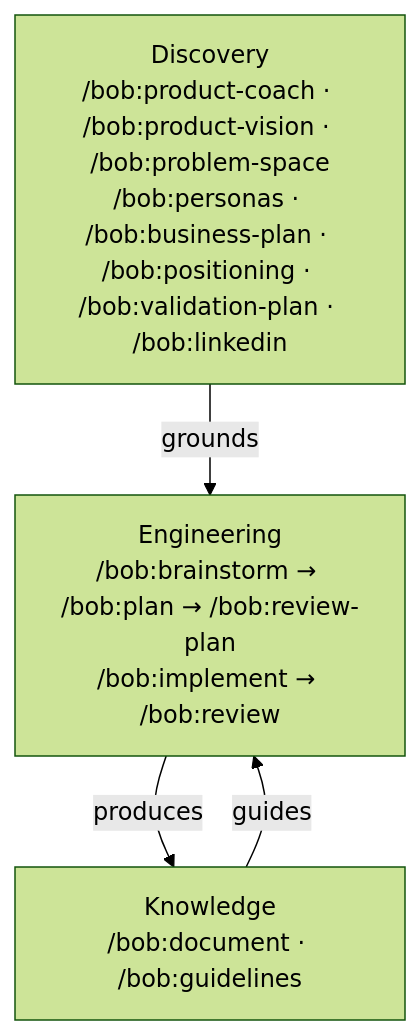
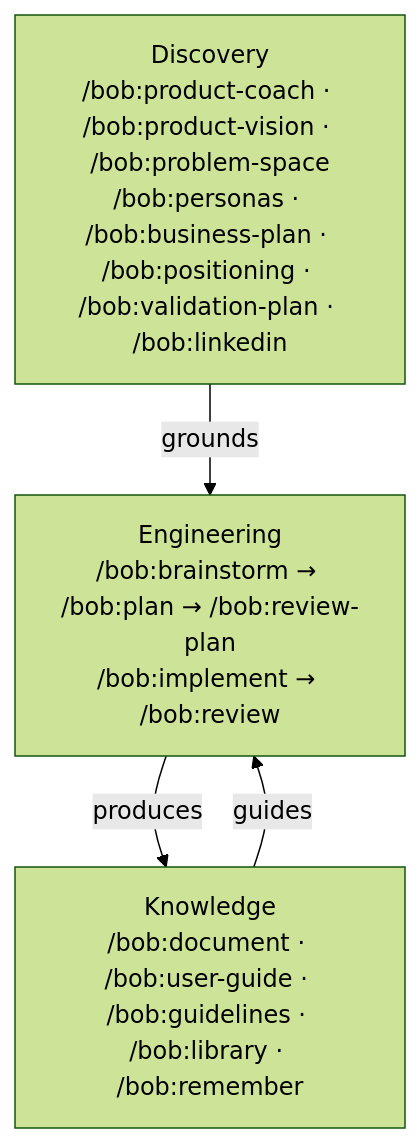
The diagram in README.md (bofrese/bob), drawn with Mermaid (forest theme) before and after one commit. The commit also changed other lines of this file and 19 other files, not shown here.

First line of the commit message:
Refactor user guide into task-focused sections and add troubleshooting documentation

````diff
--- a/README.md
+++ b/README.md
@@ -56,10 +56,10 @@
 ```mermaid
 graph TD
     D["Discovery<br/>/bob:product-coach · /bob:product-vision · /bob:problem-space<br/>/bob:personas · /bob:business-plan · /bob:positioning · /bob:validation-plan · /bob:linkedin"]
     E["Engineering<br/>/bob:brainstorm → /bob:plan → /bob:review-plan<br/>/bob:implement → /bob:review"]
-    K["Knowledge<br/>/bob:document · /bob:guidelines"]
+    K["Knowledge<br/>/bob:document · /bob:user-guide · /bob:guidelines · /bob:library · /bob:remember"]
 
     D -->|grounds| E
     E -->|produces| K
     K -->|guides| E
 ```
````
